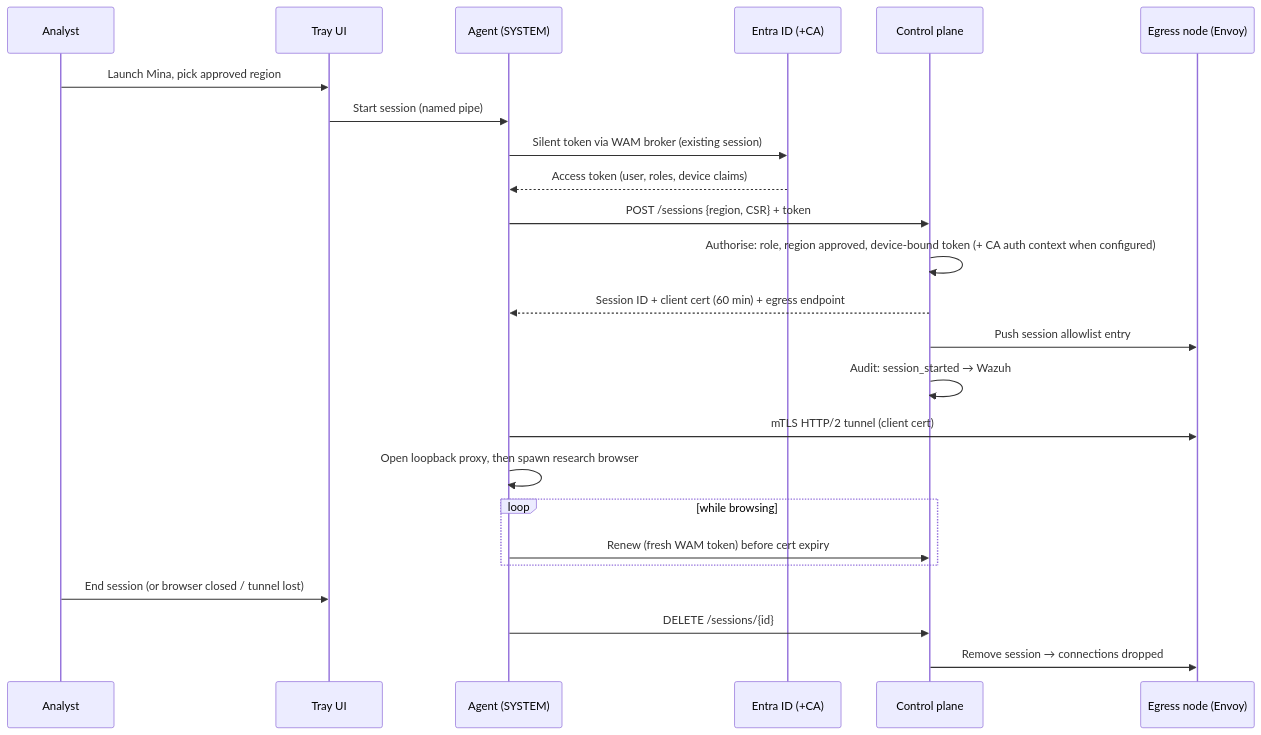
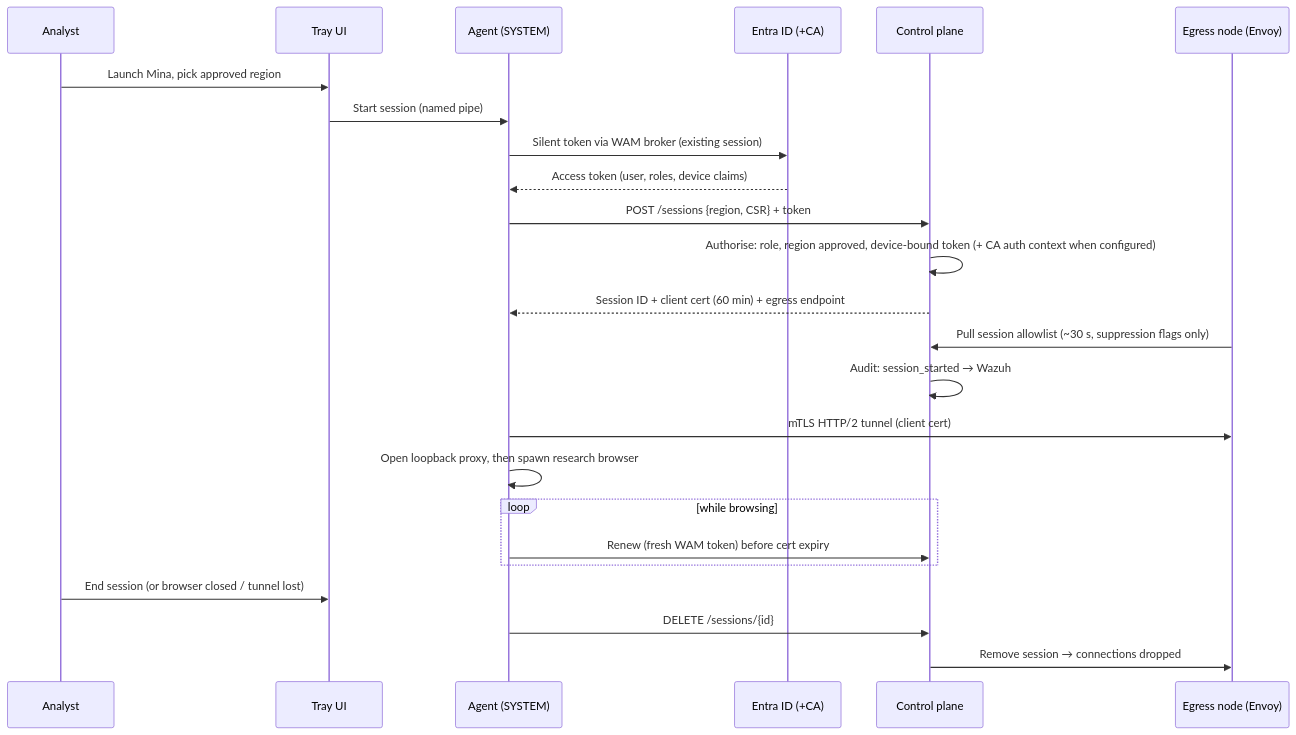
Before and after one commit to norbertbonnici/Mina: the second of 3 diagrams in docs/ARCHITECTURE.md, drawn with Mermaid. The commit also changed other lines of this file and 11 other files, not shown here.

````diff
--- a/docs/ARCHITECTURE.md
+++ b/docs/ARCHITECTURE.md
@@ -202,26 +207,26 @@
 ```mermaid
 sequenceDiagram
     participant U as Analyst
     participant T as Tray UI
     participant A as Agent (SYSTEM)
     participant E as Entra ID (+CA)
     participant C as Control plane
     participant X as Egress node (Envoy)
     U->>T: Launch Mina, pick approved region
     T->>A: Start session (named pipe)
     A->>E: Silent token via WAM broker (existing session)
     E-->>A: Access token (user, roles, device claims)
     A->>C: POST /sessions {region, CSR} + token
     C->>C: Authorise: role, region approved, device-bound token (+ CA auth context when configured)
     C-->>A: Session ID + client cert (60 min) + egress endpoint
-    C->>X: Push session allowlist entry
+    X->>C: Pull session allowlist (~30 s, suppression flags only)
     C->>C: Audit: session_started → Wazuh
     A->>X: mTLS HTTP/2 tunnel (client cert)
     A->>A: Open loopback proxy, then spawn research browser
     loop while browsing
         A->>C: Renew (fresh WAM token) before cert expiry
     end
     U->>T: End session (or browser closed / tunnel lost)
     A->>C: DELETE /sessions/{id}
     C->>X: Remove session → connections dropped
 ```
````
